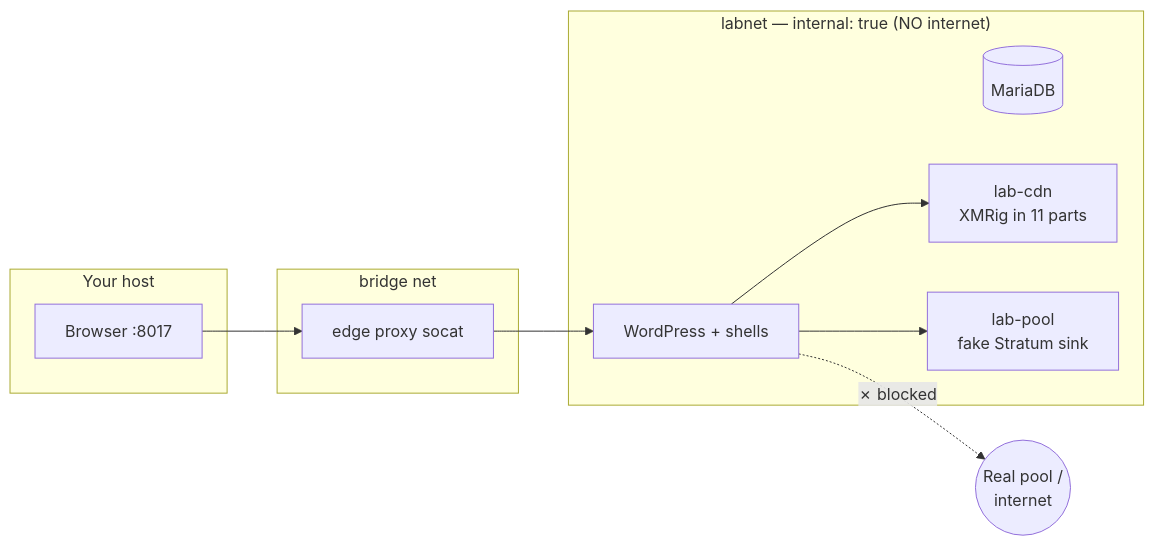
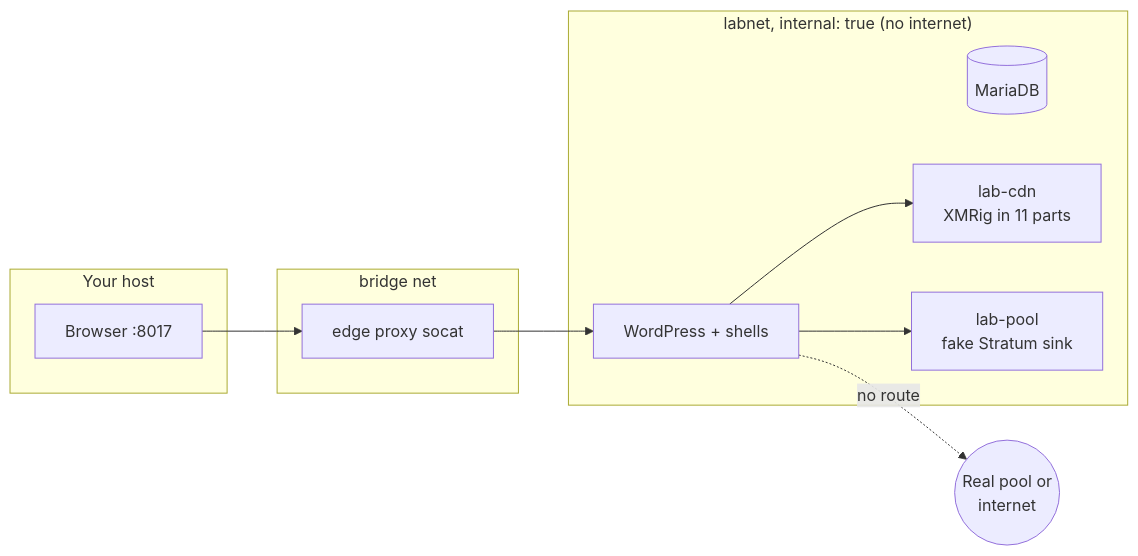
The third of 3 diagrams in analysis/xmrig-wordpress-cryptojacking.md (ZenithGenius/wordpress-xmrig-cryptojacking), drawn with Mermaid before and after one commit. The commit also changed other lines of this file and 5 other files, not shown here.

````diff
--- a/analysis/xmrig-wordpress-cryptojacking.md
+++ b/analysis/xmrig-wordpress-cryptojacking.md
@@ -279,19 +235,19 @@
 ```mermaid
 flowchart LR
     subgraph host[Your host]
       B[Browser :8017]
     end
     subgraph edge[bridge net]
       P[edge proxy socat]
     end
-    subgraph labnet["labnet — internal: true (NO internet)"]
+    subgraph labnet["labnet, internal: true (no internet)"]
       WP[WordPress + shells]
       DB[(MariaDB)]
       CDN[lab-cdn<br/>XMRig in 11 parts]
       POOL[lab-pool<br/>fake Stratum sink]
     end
     B --> P --> WP
     WP --> CDN
     WP --> POOL
-    WP -. "✗ blocked" .-> INTERNET((Real pool /<br/>internet))
+    WP -. no route .-> INTERNET((Real pool or<br/>internet))
 ```
````
